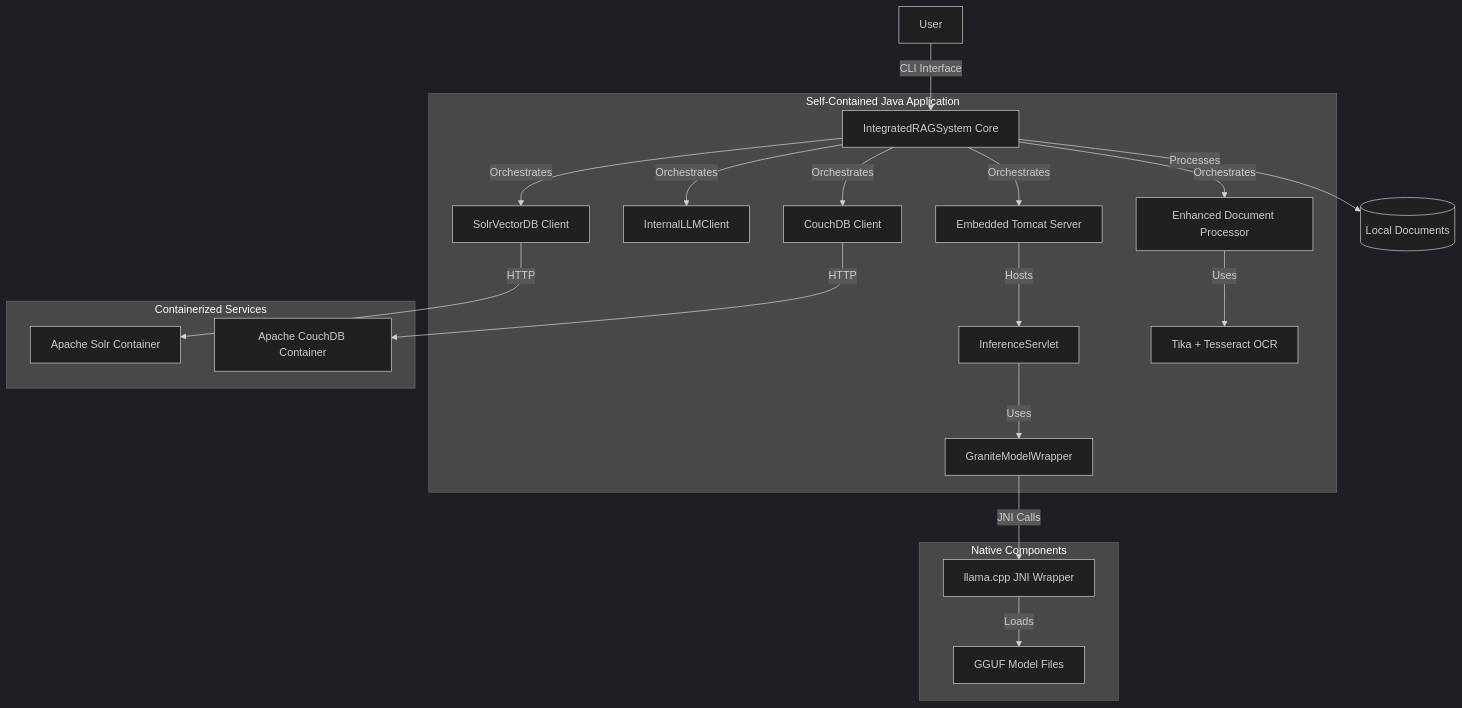
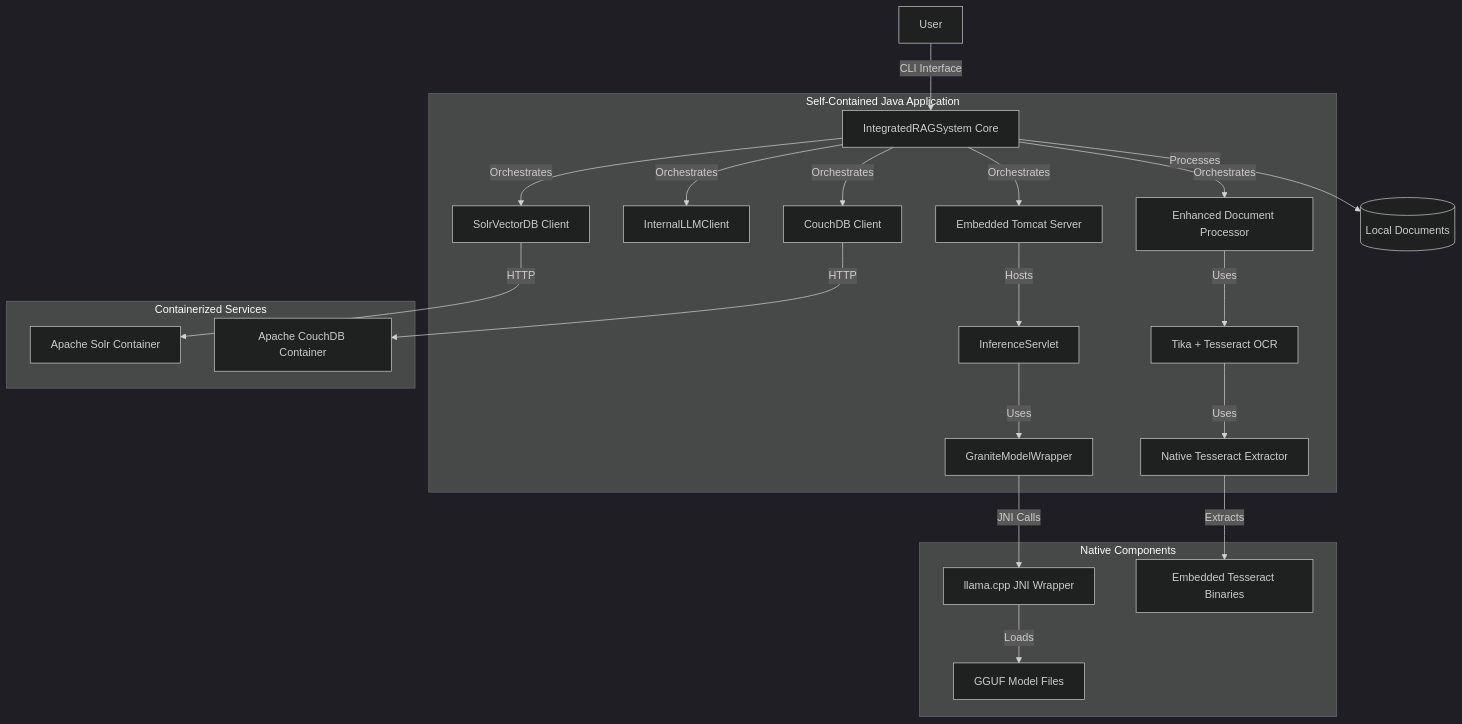
The first of 2 diagrams in README.md (mrhunsaker/Granite_NotebookLM), drawn with Mermaid (dark theme) before and after one commit. The commit also changed other lines of this file, not shown here.

````diff
--- a/README.md
+++ b/README.md
@@ -23,36 +24,40 @@
 ```mermaid
 graph TD
     subgraph "Self-Contained Java Application"
         A[IntegratedRAGSystem Core]
         B[Embedded Tomcat Server]
         C[InferenceServlet]
         D[GraniteModelWrapper]
         E[InternalLLMClient]
         F[SolrVectorDB Client]
         G[CouchDB Client]
         H[Enhanced Document Processor]
         I[Tika + Tesseract OCR]
+        J[Native Tesseract Extractor]
     end
 
     subgraph "Containerized Services"
-        J[Apache Solr Container]
-        K[Apache CouchDB Container]
+        K[Apache Solr Container]
+        L[Apache CouchDB Container]
     end
 
     subgraph "Native Components"
-        L[llama.cpp JNI Wrapper]
-        M[GGUF Model Files]
+        M[llama.cpp JNI Wrapper]
+        N[GGUF Model Files]
+        O[Embedded Tesseract Binaries]
     end
 
     A -->|Orchestrates| B & F & G & H & E
     B -->|Hosts| C
     C -->|Uses| D
-    D -->|JNI Calls| L
-    L -->|Loads| M
-    F -->|HTTP| J
-    G -->|HTTP| K
+    D -->|JNI Calls| M
+    M -->|Loads| N
+    F -->|HTTP| K
+    G -->|HTTP| L
     H -->|Uses| I
+    I -->|Uses| J
+    J -->|Extracts| O
     
     USER[User] -->|CLI Interface| A
     A -->|Processes| DOCS[(Local Documents)]
 ```
````
